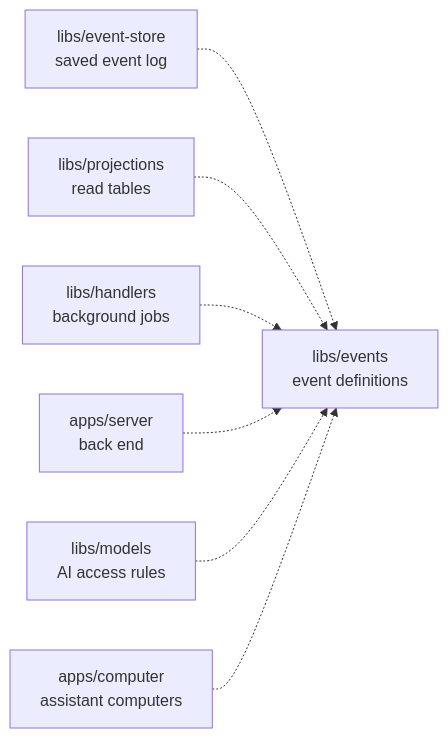
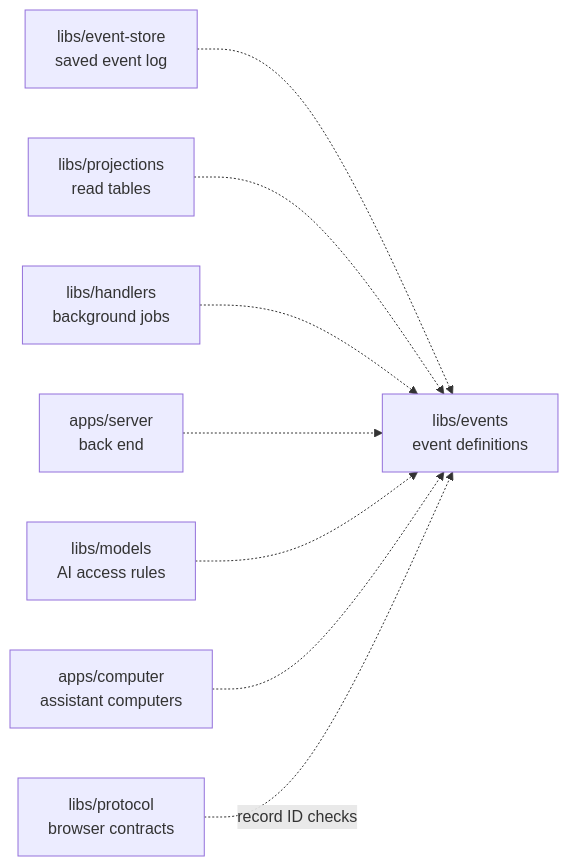
One commit to elewa-git/opencrane-new changed the diagram in libs/events/README.md. Above: the diagram before and after it, drawn with Mermaid. The commit also changed other lines of this file and 272 other files, not shown here.

````diff
--- a/libs/events/README.md
+++ b/libs/events/README.md
@@ -16,9 +16,10 @@
 ```mermaid
 flowchart LR
   store["libs/event-store<br/>saved event log"] -.-> events["libs/events<br/>event definitions"]
   projections["libs/projections<br/>read tables"] -.-> events
   handlers["libs/handlers<br/>background jobs"] -.-> events
   server["apps/server<br/>back end"] -.-> events
   models["libs/models<br/>AI access rules"] -.-> events
   computer["apps/computer<br/>assistant computers"] -.-> events
+  protocol["libs/protocol<br/>browser contracts"] -.->|record ID checks| events
 ```
````
